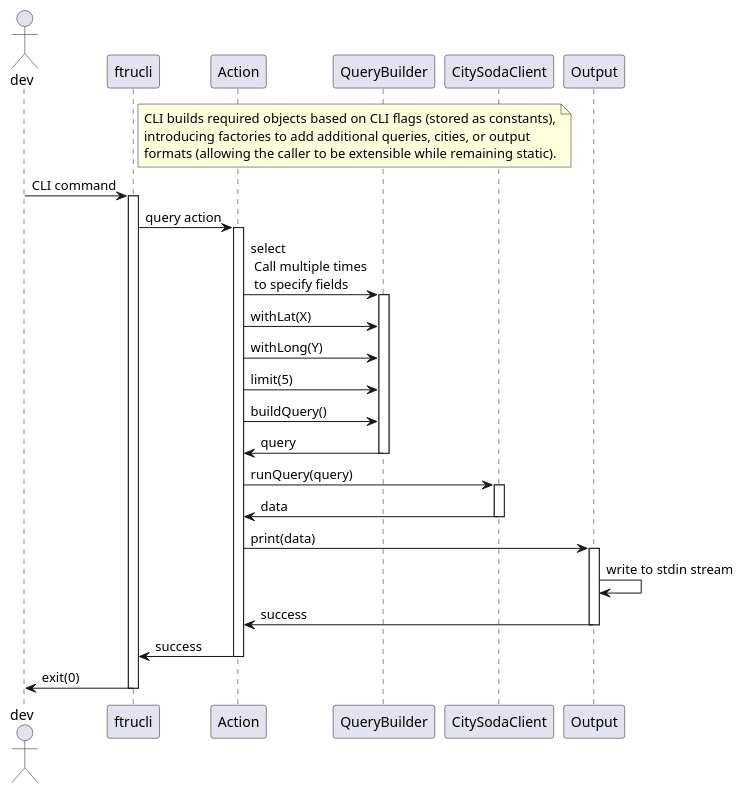
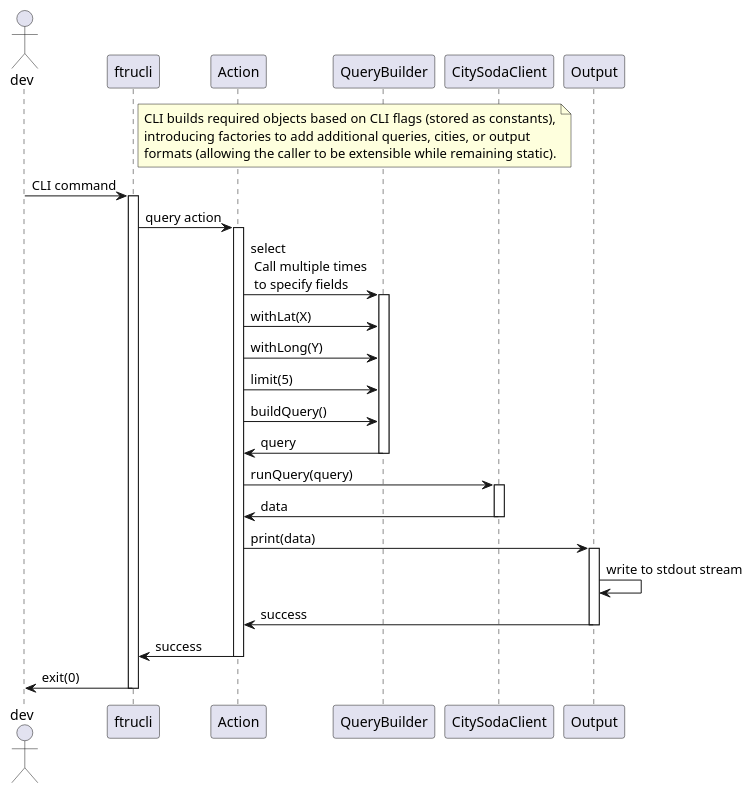
One commit to SpaceKatt/ftrucli changed the diagram in docs/diagrams/user-data-flow.puml. Above: the diagram before and after it, drawn with PlantUML. The commit also changed 1 other file, not shown here.

Commit message:
update diagram

```diff
--- a/docs/diagrams/user-data-flow.puml
+++ b/docs/diagrams/user-data-flow.puml
@@ -1,48 +1,48 @@
 @startuml
 
 actor dev
 participant ftrucli
 participant Action
 participant QueryBuilder
 participant CitySodaClient
 participant Output
 
 note right of ftrucli
   CLI builds required objects based on CLI flags (stored as constants),
   introducing factories to add additional queries, cities, or output
   formats (allowing the caller to be extensible while remaining static).
 end note
 
 dev->ftrucli: CLI command
 activate ftrucli
 
 ftrucli->Action: query action
 activate Action
 
 Action->QueryBuilder: select\n Call multiple times\n to specify fields
 activate QueryBuilder
 Action->QueryBuilder: withLat(X)
 Action->QueryBuilder: withLong(Y)
 Action->QueryBuilder: limit(5)
 Action->QueryBuilder: buildQuery()
 QueryBuilder->Action: query
 deactivate QueryBuilder
 
 Action->CitySodaClient: runQuery(query)
 activate CitySodaClient
 CitySodaClient->Action: data
 deactivate CitySodaClient
 
 Action->Output: print(data)
 activate Output
-Output->Output: write to stdin stream
+Output->Output: write to stdout stream
 Output->Action: success
 deactivate Output
 
 Action->ftrucli: success
 deactivate Action
 
 ftrucli->dev: exit(0)
 deactivate ftrucli
 
 @enduml
```
